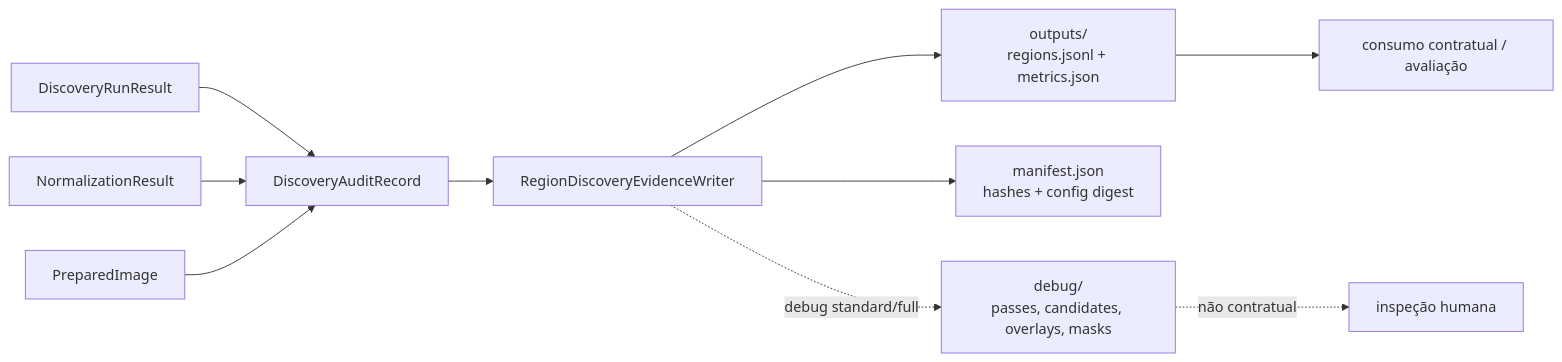
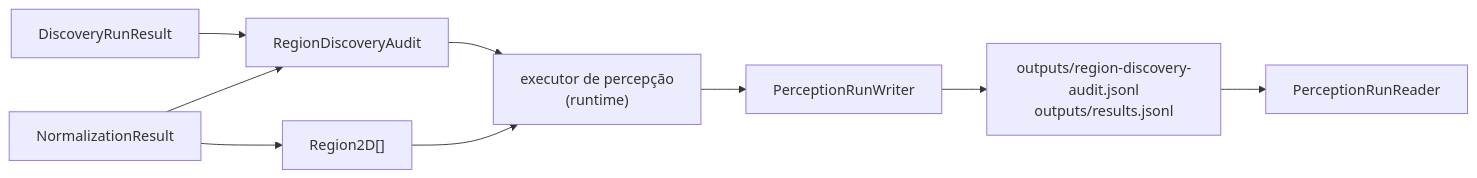
One commit to Alexandre-Tortoza/contextmap2 changed the seventh of 8 diagrams in src/contextmap/visual_perception/docs/region-discovery.md. Above: the diagram before and after it, drawn with Mermaid. The commit also changed other lines of this file and 26 other files, not shown here.

````diff
--- a/src/contextmap/visual_perception/docs/region-discovery.md
+++ b/src/contextmap/visual_perception/docs/region-discovery.md
@@ -400,12 +454,11 @@
 ```mermaid
 flowchart LR
-    RUN["DiscoveryRunResult"] --> REC["DiscoveryAuditRecord"]
-    NORM["NormalizationResult"] --> REC
-    PI["PreparedImage"] --> REC
-    REC --> WR["RegionDiscoveryEvidenceWriter"]
-    WR --> OUT["outputs/<br/>regions.jsonl + metrics.json"]
-    WR --> MAN["manifest.json<br/>hashes + config digest"]
-    WR -. debug standard/full .-> DBG["debug/<br/>passes, candidates, overlays, masks"]
-    OUT --> DOWN["consumo contratual / avaliação"]
-    DBG -. não contratual .-> HUMAN["inspeção humana"]
+    RUN["DiscoveryRunResult"] --> AUD["RegionDiscoveryAudit"]
+    NORM["NormalizationResult"] --> AUD
+    NORM --> REG["Region2D[]"]
+    AUD --> EX["executor de percepção<br/>(runtime)"]
+    REG --> EX
+    EX --> WR["PerceptionRunWriter"]
+    WR --> OUT["outputs/region-discovery-audit.jsonl<br/>outputs/results.jsonl"]
+    OUT --> RD["PerceptionRunReader"]
 ```
````
